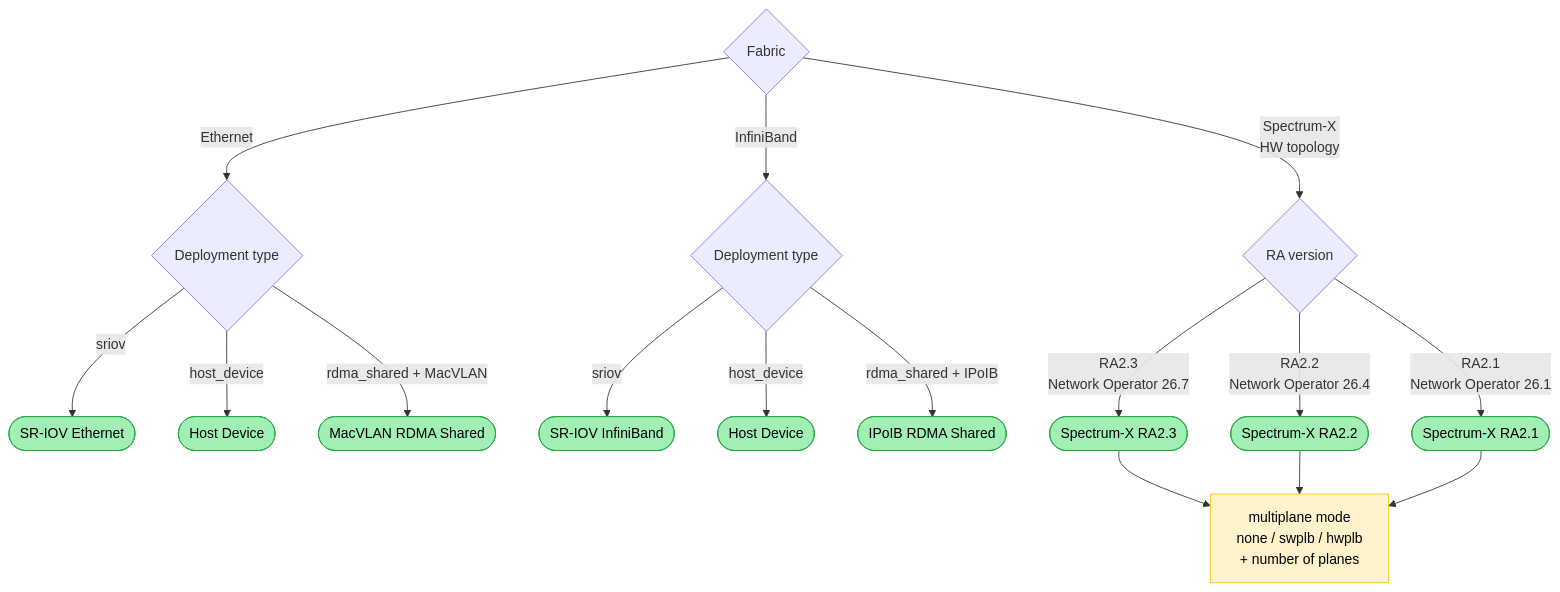
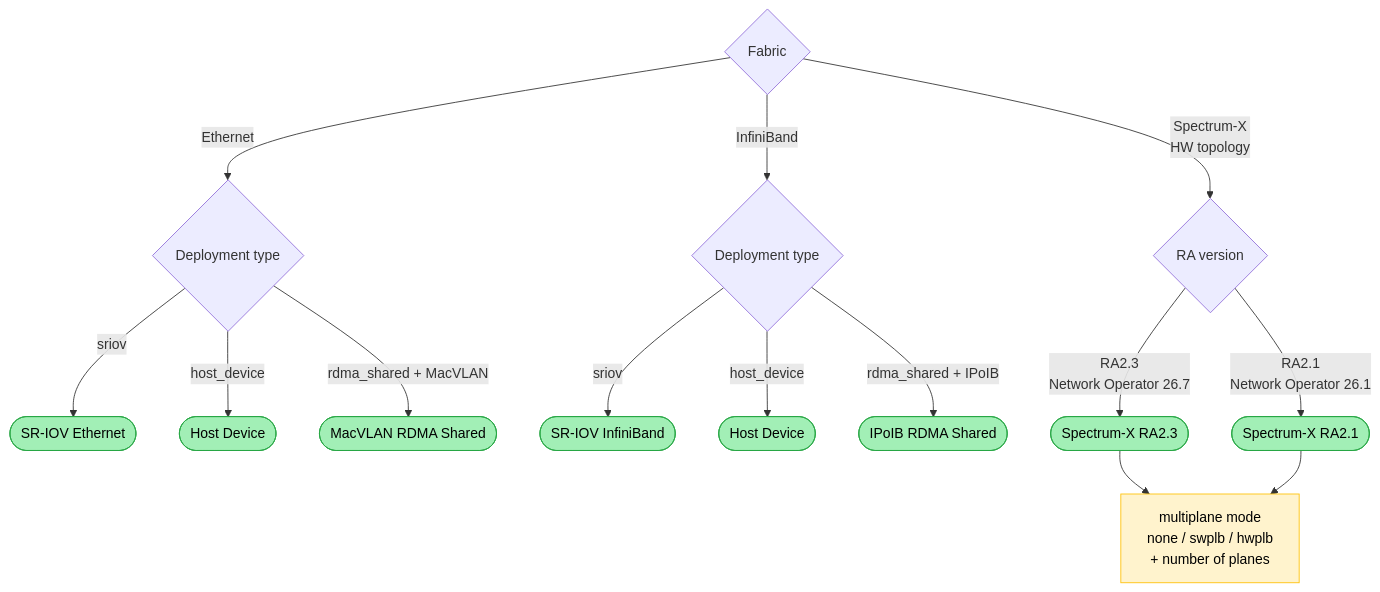
One commit to Mellanox/network-operator-docs changed the diagram in docs/k8s-launch-kit/profiles/profiles.rst. Above: the diagram before and after it, drawn with Mermaid. The commit also changed other lines of this file and 5 other files, not shown here.

```diff
--- a/docs/k8s-launch-kit/profiles/profiles.rst
+++ b/docs/k8s-launch-kit/profiles/profiles.rst
@@ -51,27 +51,25 @@
 .. mermaid::
 
    flowchart TD
        Start{Fabric}
        Start -->|Ethernet| EthDT{Deployment type}
        Start -->|InfiniBand| IBDT{Deployment type}
        Start -->|Spectrum-X<br/>HW topology| SPCXRA{RA version}
 
        EthDT -->|sriov| SRIOVE([SR-IOV Ethernet])
        EthDT -->|host_device| HDE([Host Device])
        EthDT -->|rdma_shared + MacVLAN| MV([MacVLAN RDMA Shared])
 
        IBDT -->|sriov| SRIOVIB([SR-IOV InfiniBand])
        IBDT -->|host_device| HDI([Host Device])
        IBDT -->|rdma_shared + IPoIB| IPOIB([IPoIB RDMA Shared])
 
        SPCXRA -->|RA2.3<br/>Network Operator 26.7| SX3([Spectrum-X RA2.3])
-       SPCXRA -->|RA2.2<br/>Network Operator 26.4| SX2([Spectrum-X RA2.2])
        SPCXRA -->|RA2.1<br/>Network Operator 26.1| SX1([Spectrum-X RA2.1])
        SX3 --> MPM[multiplane mode<br/>none / swplb / hwplb<br/>+ number of planes]
-       SX2 --> MPM
        SX1 --> MPM
 
        classDef profile fill:#a2efb6,stroke:#28a745,color:#000
        classDef params fill:#fff3cd,stroke:#ffc107,color:#000
-       class SRIOVE,HDE,MV,SRIOVIB,HDI,IPOIB,SX1,SX2,SX3 profile
+       class SRIOVE,HDE,MV,SRIOVIB,HDI,IPOIB,SX1,SX3 profile
        class MPM params
```
